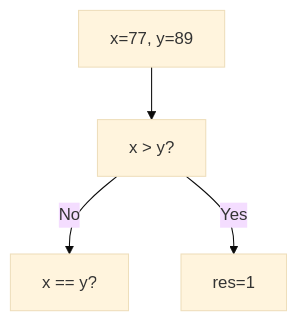
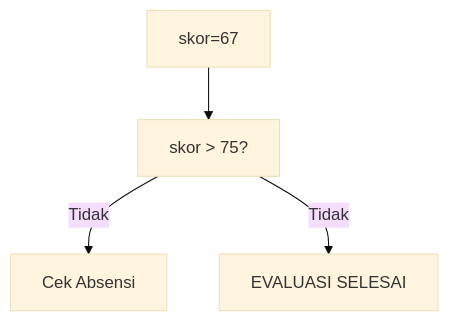
One commit to amnahwaida/OSNK_INF_PREP changed the tenth of 25 diagrams in part-c-pemahaman-cpp/02-percabangan/latihan/set-01.md. Above: the diagram before and after it, drawn with Mermaid (base theme). The commit also changed other lines of this file and 71 other files, not shown here.

````diff
--- a/part-c-pemahaman-cpp/02-percabangan/latihan/set-01.md
+++ b/part-c-pemahaman-cpp/02-percabangan/latihan/set-01.md
@@ -276,6 +289,6 @@
 ```mermaid
 graph TD
-A["x=77, y=89"] --> B["x > y?"]
-B -- No --> C["x == y?"]
-B -- Yes --> D[res=1]
+A["skor=67"] --> B["skor > 75?"]
+B -- Tidak --> C["Cek Absensi"]
+B -- Tidak --> D["EVALUASI SELESAI"]
 ```
````
